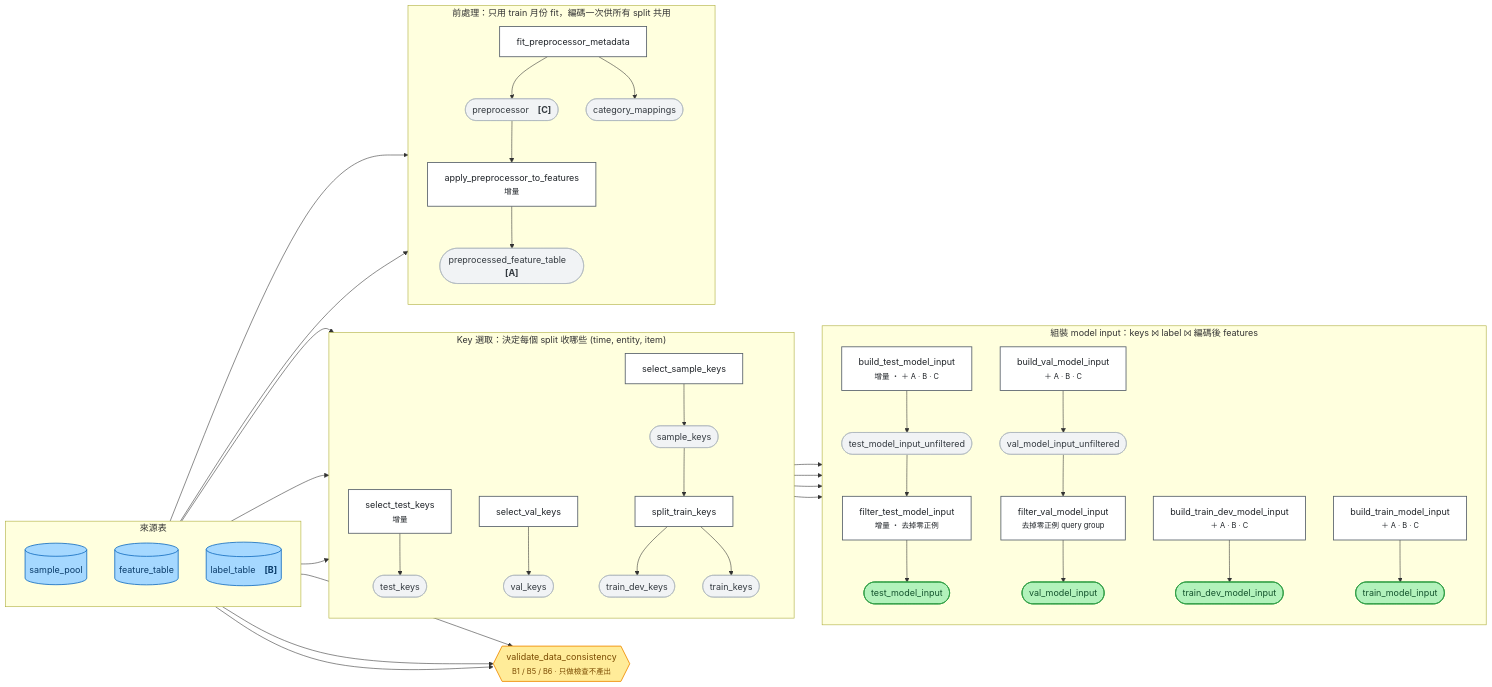
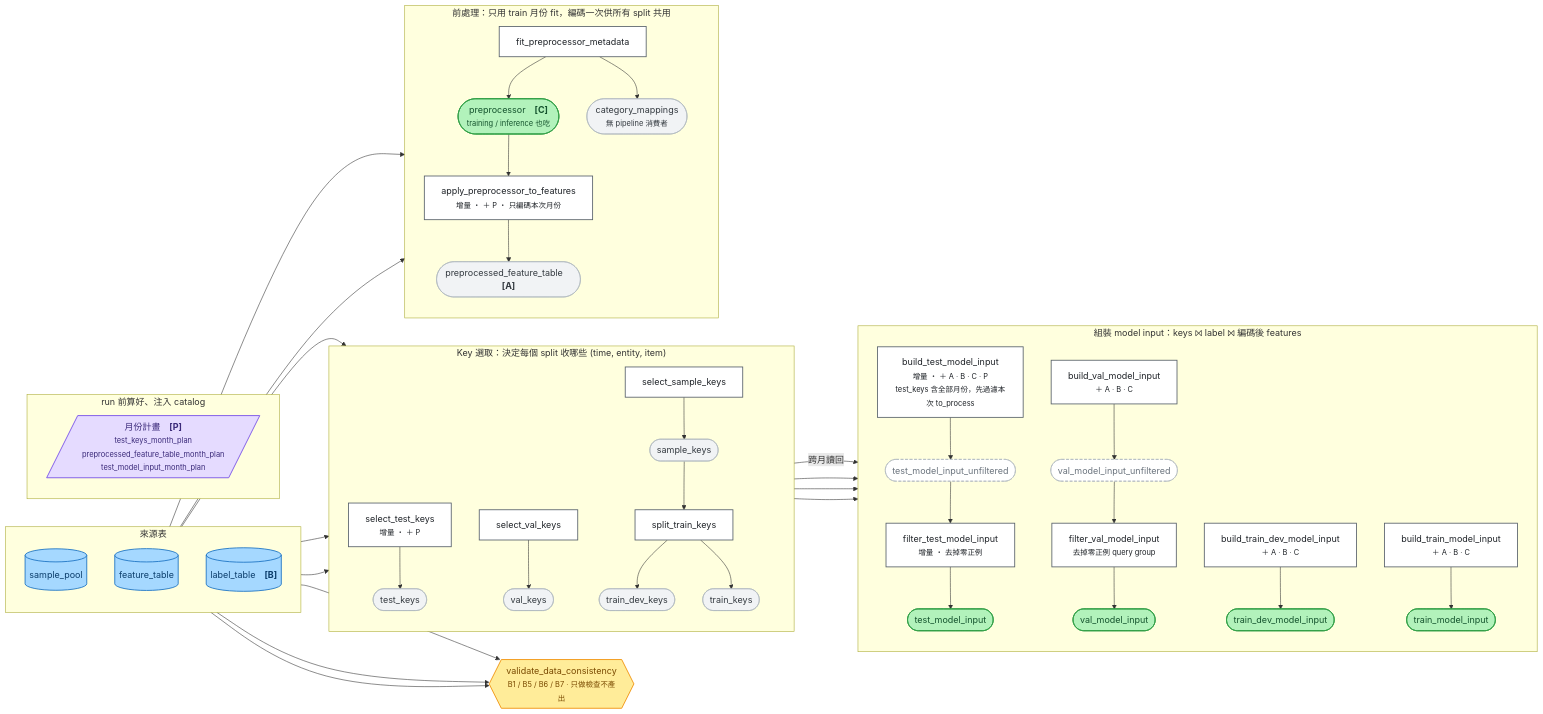
Before and after one commit to curtis-lu/recsys-demo: the diagram in docs/diagrams/dataset-pipeline.mmd, drawn with Mermaid. The commit also changed 1 other file, not shown here.

First paragraph of the commit message:
docs(diagrams): dataset 圖補三條漏畫的邊、補 B7，並套上 inference 圖那套語彙
三處是圖跟程式碼對不上，不是體例問題：

````diff
--- a/docs/diagrams/dataset-pipeline.mmd
+++ b/docs/diagrams/dataset-pipeline.mmd
@@ -1,108 +1,152 @@
 %%{init: {"theme": "base", "themeVariables": {"fontFamily": "-apple-system, 'Segoe UI', 'PingFang TC', 'Microsoft JhengHei', sans-serif", "fontSize": "13px", "lineColor": "#8a97a0", "textColor": "#1f2328", "clusterBkg": "#fbfcfd", "clusterBorder": "#d0d7de", "edgeLabelBackground": "#ffffff"}, "flowchart": {"curve": "basis", "nodeSpacing": 26, "rankSpacing": 58, "htmlLabels": true, "padding": 8}} }%%
 %% ===========================================================================
 %% dataset pipeline node graph
 %% 唯一真實來源：src/recsys_tfb/pipelines/dataset/pipeline.py::create_pipeline
+%% 姊妹圖：inference-pipeline.mmd（同一套圖例）
 
 %% 圖例
-%%   [( 圓柱 )]  來源表（catalog 外部輸入）
-%%   [ 方框 ]    node，框內是 node name（可直接餵給 --from-node / --only-node）
-%%   ([ 膠囊 ])  dataset（node 的輸出，catalog 條目）
-%%   {{ 六角 }}  side-effect only 的閘（outputs=None）
-%%   [A][B][C]  接點記號：build node 框內的「+ A · B · C」代表它同時吃這三個
-%%              輸入。三個輸入各連四個 build node ＝ 12 條橫貫線，改用接點記號
-%%              表示，lineage 一條不少但圖不打結。
+%%   [( 圓柱 )]     來源表（catalog 外部輸入）
+%%   [/ 斜角 /]     不是表的輸入：run 前就決定好、注入 catalog 的值。
+%%                  本圖是 *_month_plan（見下）；inference 圖是 inference.products。
+%%   [ 方框 ]       node，框內是 node name（可直接餵給 --from-node / --only-node）
+%%   ([ 實線膠囊 ])  落地的 catalog 條目（Hive table / JSON 檔）
+%%   ([ 虛線膠囊 ])  MemoryDataset：catalog.yaml 沒有這個名字，只活在這次 run 的記憶體
+%%   ([ 綠膠囊 ])    別的 pipeline 會吃的產物
+%%   {{ 六角 }}     閘：不轉換資料，只決定放不放行（本圖這個閘 outputs=None；
+%%                  inference-pipeline.mmd 的閘有回傳值，但回傳的就是輸入本身）
+%%   [A][B][C][P]   接點記號：node 框內的「+ A · B · C」代表它同時吃這幾個輸入。
+%%                  A/B/C 各連四個 build node ＝ 12 條橫貫線，P 再連三個跨 subgraph
+%%                  的 node；改用接點記號，lineage 一條不少但圖不打結。
+%%   「跨月讀回」    這條邊讀回來的不只是這次寫的月份（見下）。inference 圖用同一種
+%%                  邊標記，但那邊連 model_version 都會讀回來，成因不同。
+
+%% 「增量」是怎麼來的：月份計畫
+%%   三個標「增量」的 node 之所以只處理部分月份，是因為它們各吃一個
+%%   *_month_plan 輸入。這些 plan 由 __main__.py:782 的 build_month_plans() 在
+%%   run 開始前一次算好（比對設定的月份 vs Hive 裡已落地的月份），再注入 catalog
+%%   （__main__.py:816）。一次算好是為了讓共用同一份 artifact 的 node 不可能對
+%%   「這次涵蓋哪些月份」有不同看法。
+%%   它們是 pipeline.py 宣告的真實 inputs，不是設定值——舊版這張圖漏畫了這三條邊。
+
+%% 為什麼 test_keys → build_test_model_input 要標「跨月讀回」
+%%   test_keys 的 catalog 條目只有 partition_filter: base_dataset_version，
+%%   沒有鎖月份，所以讀回來是**同一個 base version 底下的所有月份**——即使
+%%   select_test_keys 這次只寫了新的那個月（dynamic partition overwrite）。
+%%   build_test_model_input 因此必須自己再過濾一次 month_plan.to_process，
+%%   否則下游 join 會把每個月都重建一遍，正好是 ADR-0002 要消掉的 ∝N 成本。
+%%   train / val / calibration 讀的 keys 是這次 run 自己寫的，沒有這個問題，
+%%   所以它們共用 build_model_input，只有 test 有自己的 wrapper node。
+
+%% 落地與否為什麼要分開畫
+%%   圖上十四個產出裡只有兩個不落地（開 calibration 是十六個）：val_model_input_unfiltered 與
+%%   test_model_input_unfiltered。零正例 query group 會被 ranking metric 排除，
+%%   留著只是浪費 Hive 儲存與下游記憶體，所以只有 filter 過的版本落地。
+%%   圖上實線／虛線膠囊就是這件事。
 
 %% 刻意不畫
 %%   - parameters：每個 node 都吃，畫出來只會蓋掉真正的資料流。
+%%     *_month_plan 不屬於這一類——它是 pipeline.py 宣告的 input，是真實的邊。
 %%   - calibration 分支（enable_calibration: true 才存在）。
 %%   - 函式名：四個 build node 共用 build_model_input、filter_val_model_input
 %%     的函式是 filter_groups_with_positives、select_sample_keys 的函式是
 %%     select_train_keys。圖上一律用 node name。
+%%   - AST 掃過，本 pipeline 的 node 沒有「宣告了但函式沒讀」的參數
+%%     （inference 圖上那種虛線邊，這裡沒有對應物）。
 
 %% 編輯方式：改這個檔，然後重新渲染成 SVG 貼回 dataset-pipeline.html。
 %%   - 線上：https://mermaid.live 貼上全文 → Actions → SVG
 %%   - VS Code：Mermaid 系列外掛可直接預覽與匯出
 %%   - 貼進 .md 的 ```mermaid 區塊，GitHub 會直接渲染
 %%   - CLI（指令見 dataset-pipeline.html 末段）
 
 %% 兩個實測過的坑
 %%   1. 不要留「只有 %%、後面沒有字」的空註解行：mermaid 不會把它當註解剝掉，
 %%      會黏到下一行變成 %%flowchart，parse error 指向第 1 行、很難聯想。
 %%      要空行就用真正的空行。
 %%   2. 渲染用 mermaid-cli@10，不要用 @11：同一張圖 v11 的新 renderer 會產出
 %%      666 KB 的 SVG（形狀改用 rough.js 畫，path 灌到 30 KB 一條），v10 是 43 KB。
 %% ===========================================================================
 
 flowchart LR
 
   %% --------------------------- 來源表 ---------------------------
   subgraph SRC[" 來源表 "]
     direction TB
     sample_pool[("sample_pool")]
     feature_table[("feature_table")]
     label_table[("label_table　<b>[B]</b>")]
   end
 
+  %% ------------------ run 前注入的非表輸入 -----------------------
+  subgraph PLAN[" run 前算好、注入 catalog "]
+    direction TB
+    plan[/"月份計畫　<b>[P]</b><br/><small>test_keys_month_plan<br/>preprocessed_feature_table_month_plan<br/>test_model_input_month_plan</small>"/]
+  end
+
   %% ------------------------ 資料閘（Layer-2）---------------------
-  gate{{"validate_data_consistency<br/><small>B1 / B5 / B6 · 只做檢查不產出</small>"}}
+  gate{{"validate_data_consistency<br/><small>B1 / B5 / B6 / B7 · 只做檢查不產出</small>"}}
   sample_pool --> gate
   feature_table --> gate
   label_table --> gate
 
   %% ------------------------- Key 選取 ---------------------------
   subgraph KEYS[" Key 選取：決定每個 split 收哪些 (time, entity, item) "]
     direction TB
-    n_sel_test["select_test_keys<br/><small>增量</small>"] --> d_test_keys(["test_keys"])
+    n_sel_test["select_test_keys<br/><small>增量 ・ ＋ P</small>"] --> d_test_keys(["test_keys"])
     n_sel_val["select_val_keys"] --> d_val_keys(["val_keys"])
     n_sel_sample["select_sample_keys"] --> d_sample_keys(["sample_keys"])
     d_sample_keys --> n_split["split_train_keys"]
     n_split --> d_train_dev_keys(["train_dev_keys"])
     n_split --> d_train_keys(["train_keys"])
   end
 
   sample_pool --> n_sel_sample
   sample_pool --> n_sel_val
   sample_pool --> n_sel_test
 
   %% -------------------------- 前處理 ----------------------------
   subgraph PREP[" 前處理：只用 train 月份 fit，編碼一次供所有 split 共用 "]
     direction TB
-    n_fit["fit_preprocessor_metadata"] --> d_preprocessor(["preprocessor　<b>[C]</b>"])
-    n_fit --> d_catmap(["category_mappings"])
-    n_apply["apply_preprocessor_to_features<br/><small>增量</small>"] --> d_pft(["preprocessed_feature_table　<b>[A]</b>"])
+    n_fit["fit_preprocessor_metadata"] --> d_preprocessor(["preprocessor　<b>[C]</b><br/><small>training / inference 也吃</small>"])
+    n_fit --> d_catmap(["category_mappings<br/><small>無 pipeline 消費者</small>"])
+    n_apply["apply_preprocessor_to_features<br/><small>增量 ・ ＋ P ・ 只編碼本次月份</small>"] --> d_pft(["preprocessed_feature_table　<b>[A]</b>"])
   end
 
   feature_table --> n_fit
   feature_table --> n_apply
   d_preprocessor --> n_apply
 
   %% ---------------------- 組裝 model input -----------------------
   subgraph BUILD[" 組裝 model input：keys ⨝ label ⨝ 編碼後 features "]
     direction TB
-    n_b_test["build_test_model_input<br/><small>增量 ・ ＋ A · B · C</small>"] --> d_test_unf(["test_model_input_unfiltered"])
+    n_b_test["build_test_model_input<br/><small>增量 ・ ＋ A · B · C · P<br/>test_keys 含全部月份，先過濾本次 to_process</small>"] --> d_test_unf(["test_model_input_unfiltered"])
     d_test_unf --> n_f_test["filter_test_model_input<br/><small>增量 ・ 去掉零正例</small>"]
     n_f_test --> o_test(["test_model_input"])
     n_b_val["build_val_model_input<br/><small>＋ A · B · C</small>"] --> d_val_unf(["val_model_input_unfiltered"])
     d_val_unf --> n_f_val["filter_val_model_input<br/><small>去掉零正例 query group</small>"]
     n_f_val --> o_val(["val_model_input"])
     n_b_traindev["build_train_dev_model_input<br/><small>＋ A · B · C</small>"] --> o_traindev(["train_dev_model_input"])
     n_b_train["build_train_model_input<br/><small>＋ A · B · C</small>"] --> o_train(["train_model_input"])
   end
 
-  d_test_keys --> n_b_test
+  d_test_keys -- "跨月讀回" --> n_b_test
   d_val_keys --> n_b_val
   d_train_dev_keys --> n_b_traindev
   d_train_keys --> n_b_train
 
   %% ---------------------------- 樣式 -----------------------------
   classDef src fill:#a5d8ff,stroke:#1971c2,stroke-width:1.5px,color:#0b3d6b
+  classDef cfg fill:#e5dbff,stroke:#7048e8,stroke-width:1.5px,color:#3b2a7a
   classDef nd fill:#ffffff,stroke:#57606a,stroke-width:1.5px,color:#1f2328
   classDef data fill:#f1f3f5,stroke:#adb5bd,stroke-width:1px,color:#343a40
+  classDef mem fill:#ffffff,stroke:#adb5bd,stroke-width:1px,stroke-dasharray:5 3,color:#6a737d
   classDef out fill:#b2f2bb,stroke:#2f9e44,stroke-width:1.5px,color:#14532d
   classDef gt fill:#ffec99,stroke:#f08c00,stroke-width:1.5px,color:#7a4a00
 
   class sample_pool,feature_table,label_table src
+  class plan cfg
   class n_sel_sample,n_split,n_sel_val,n_sel_test,n_fit,n_apply,n_b_train,n_b_traindev,n_b_val,n_b_test,n_f_val,n_f_test nd
-  class d_sample_keys,d_train_keys,d_train_dev_keys,d_val_keys,d_test_keys,d_preprocessor,d_catmap,d_pft,d_val_unf,d_test_unf data
-  class o_train,o_traindev,o_val,o_test out
+  class d_sample_keys,d_train_keys,d_train_dev_keys,d_val_keys,d_test_keys,d_catmap,d_pft data
+  class d_val_unf,d_test_unf mem
+  class o_train,o_traindev,o_val,o_test,d_preprocessor out
   class gate gt
````
